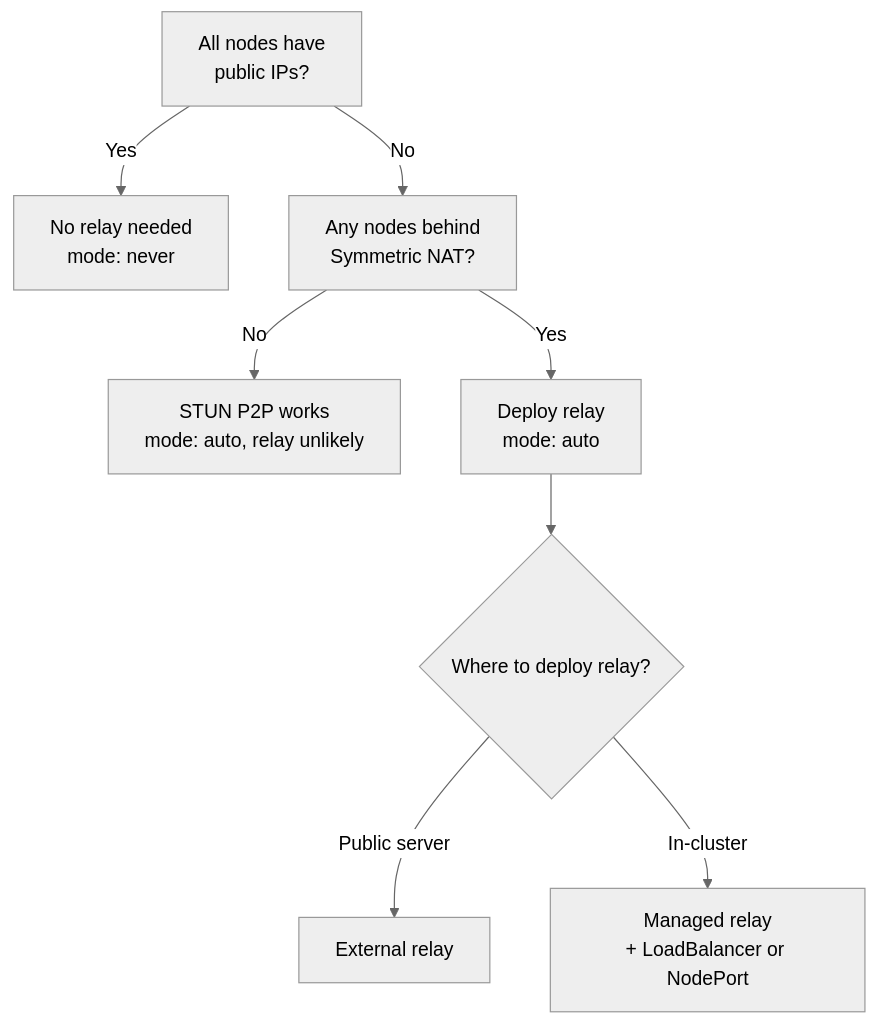
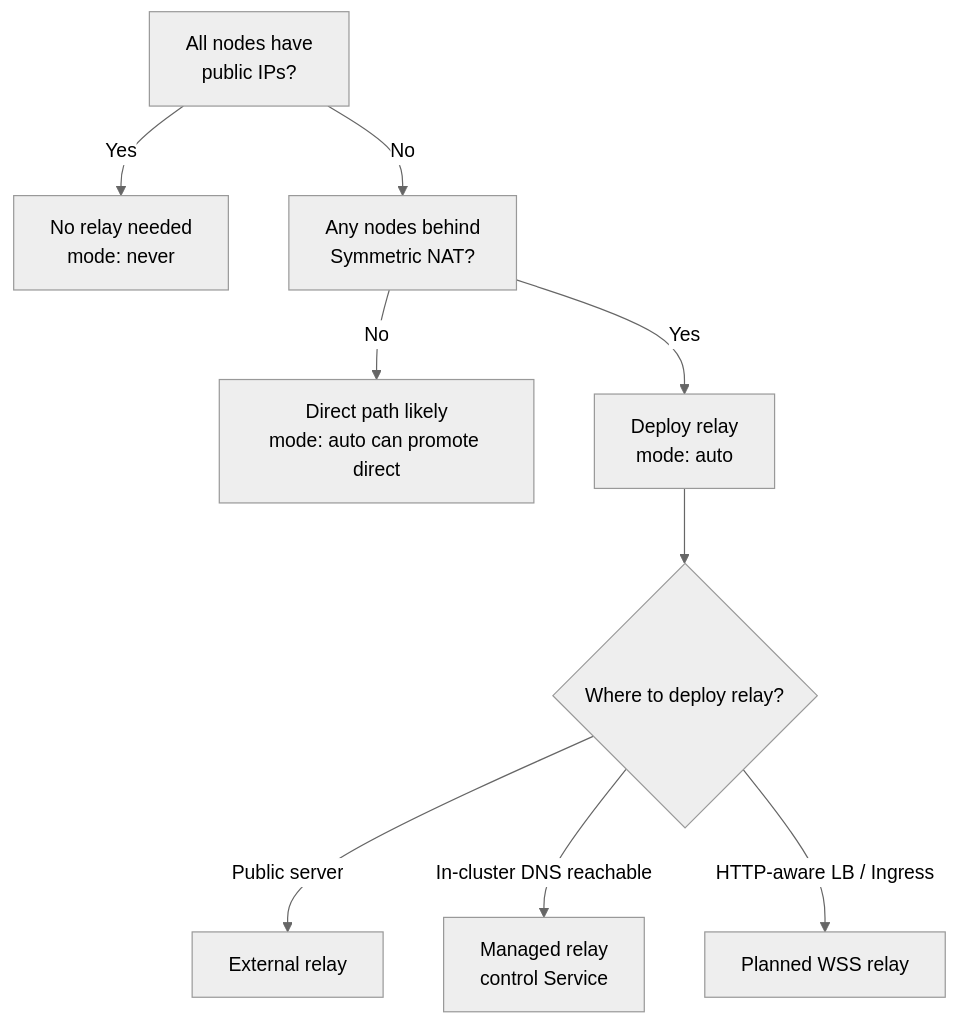
The sixth of 6 diagrams in docs/operations/topologies.md (inerplat/wirekube), drawn with Mermaid (neutral theme) before and after one commit. The commit also changed other lines of this file and 47 other files, not shown here.

Commit message:
feat(relay): add authenticated WSS transport

````diff
--- a/docs/operations/topologies.md
+++ b/docs/operations/topologies.md
@@ -138,10 +134,11 @@
 ```mermaid
 graph TD
     A[All nodes have<br/>public IPs?] -->|Yes| B[No relay needed<br/>mode: never]
     A -->|No| C[Any nodes behind<br/>Symmetric NAT?]
-    C -->|No| D[STUN P2P works<br/>mode: auto, relay unlikely]
+    C -->|No| D[Direct path likely<br/>mode: auto can promote direct]
     C -->|Yes| E[Deploy relay<br/>mode: auto]
     E --> F{Where to deploy relay?}
     F -->|Public server| G[External relay]
-    F -->|In-cluster| H[Managed relay<br/>+ LoadBalancer or NodePort]
+    F -->|In-cluster DNS reachable| H[Managed relay<br/>control Service]
+    F -->|HTTP-aware LB / Ingress| I[Planned WSS relay]
 ```
````
